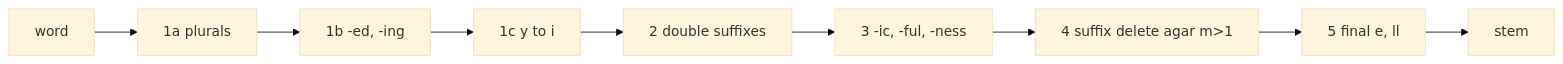
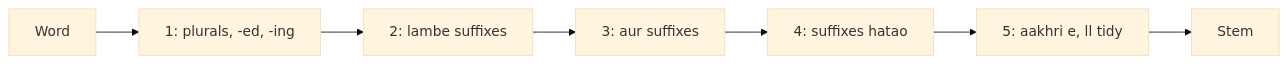
The diagram in content/natural-language-processing/pyq/2023-05-ce/q5b.hi.mdx (TrendySloth1001/sem-seven-notes), drawn with Mermaid (base theme) before and after one commit. The commit also changed other lines of this file and 406 other files, not shown here.

````diff
--- a/content/natural-language-processing/pyq/2023-05-ce/q5b.hi.mdx
+++ b/content/natural-language-processing/pyq/2023-05-ce/q5b.hi.mdx
@@ -13,12 +17,10 @@
 ```mermaid
-%% caption: Paanch Porter steps order mein chalte hain, har ek pichle step ke output pe.
+%% caption: Porter stemmer ke paanch steps. Har step ke rules tabhi fire hote hain jab stem par condition sach ho.
 flowchart LR
-  A["word"] --> B["1a plurals"]
-  B --> C["1b -ed, -ing"]
-  C --> D["1c y to i"]
-  D --> E["2 double suffixes"]
-  E --> F["3 -ic, -ful, -ness"]
-  F --> G["4 suffix delete agar m>1"]
-  G --> H["5 final e, ll"]
-  H --> I["stem"]
+  A["Word"] --> B["1: plurals, -ed, -ing"]
+  B --> C["2: lambe suffixes"]
+  C --> D["3: aur suffixes"]
+  D --> E["4: suffixes hatao"]
+  E --> F["5: aakhri e, ll tidy"]
+  F --> G["Stem"]
 ```
````
